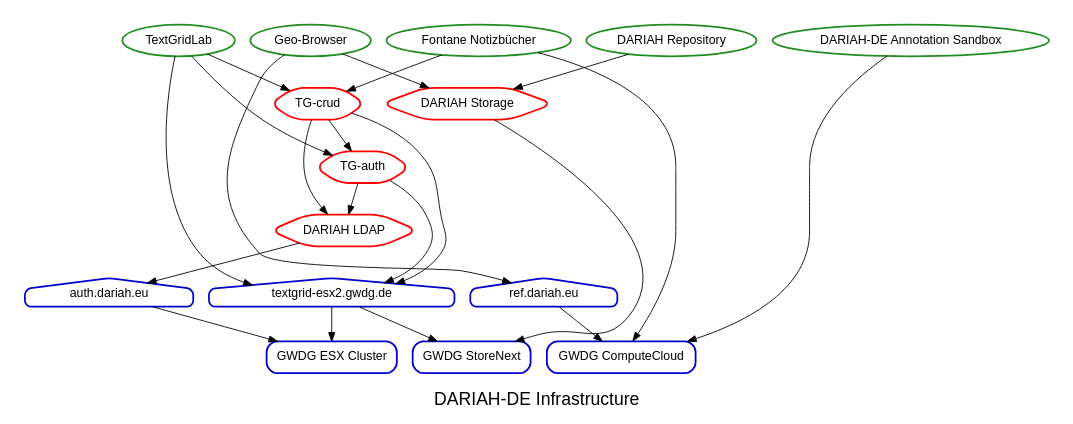
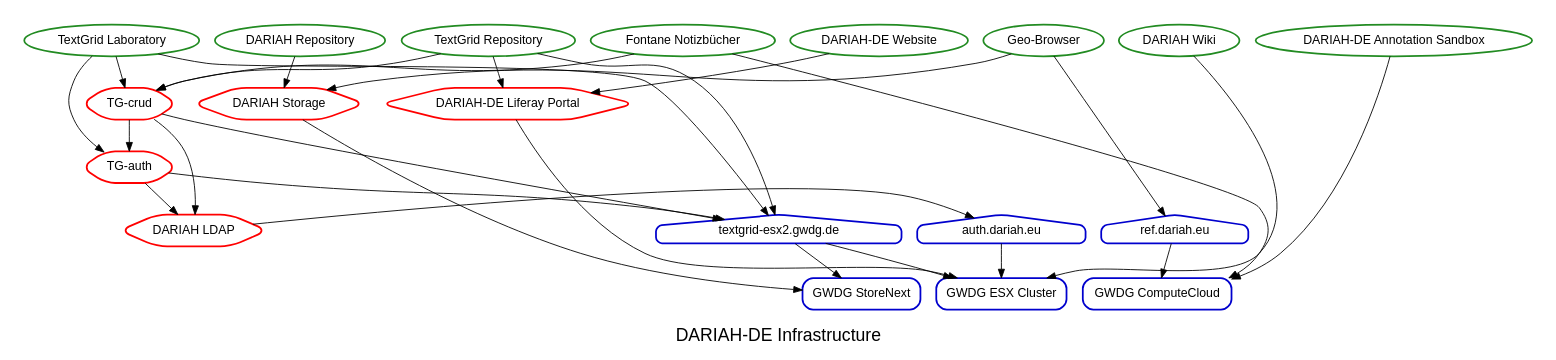
One commit to DARIAH-DE/status changed the diagram in dariah-de-infrastructure.gv. Above: the diagram before and after it, drawn with Graphviz. The commit also changed 6 other files, not shown here.

```diff
--- a/dariah-de-infrastructure.gv
+++ b/dariah-de-infrastructure.gv
@@ -1,54 +1,64 @@
 digraph {
 	fontname=helvetica fontsize=20 label="DARIAH-DE Infrastructure"
 	subgraph cluster_services {
 		node [color=forestgreen fontname=helvetica shape=oval style="rounded,bold"]
 		color=white label=""
+		"/services/website" [label="DARIAH-DE Website"]
 		"/services/repository" [label="DARIAH Repository"]
 		"/services/geobrowser" [label="Geo-Browser"]
-		"/services/tglab" [label=TextGridLab]
+		"/services/tglab" [label="TextGrid Laboratory"]
 		"/services/fontane" [label="Fontane Notizbücher"]
 		"/services/annotation_sandbox" [label="DARIAH-DE Annotation Sandbox"]
+		"/services/tgrep" [label="TextGrid Repository"]
+		"/services/confluence" [label="DARIAH Wiki"]
 	}
 	subgraph cluster_middlewares {
 		node [color=red fontname=helvetica shape=hexagon style="rounded,bold"]
 		color=white label=""
 		"/middlewares/dariahldap" [label="DARIAH LDAP"]
 		"/middlewares/dariahstorage" [label="DARIAH Storage"]
 		"/middlewares/tgauth" [label="TG-auth"]
+		"/middlewares/liferay" [label="DARIAH-DE Liferay Portal"]
 		"/middlewares/tgcrud" [label="TG-crud"]
 	}
 	subgraph cluster_servers {
 		node [color=blue3 fontname=helvetica shape=house style="rounded,bold"]
 		color=white label=""
 		"/servers/textgrid-esx2" [label="textgrid-esx2.gwdg.de"]
 		"/servers/ref" [label="ref.dariah.eu"]
 		"/servers/auth" [label="auth.dariah.eu"]
 	}
 	subgraph cluster_infrastructure {
 		node [color=blue3 fontname=helvetica shape=box style="rounded,bold"]
 		color=white label=""
 		"/infrastructure/gwdg-esx" [label="GWDG ESX Cluster"]
 		"/infrastructure/gwdg-storenext" [label="GWDG StoreNext"]
 		"/infrastructure/gwdg-cloud" [label="GWDG ComputeCloud"]
 	}
+	"/services/website" -> "/middlewares/liferay"
 	"/services/repository" -> "/middlewares/dariahstorage"
 	"/services/geobrowser" -> "/middlewares/dariahstorage"
 	"/services/geobrowser" -> "/servers/ref"
 	"/services/tglab" -> "/middlewares/tgauth"
 	"/services/tglab" -> "/middlewares/tgcrud"
 	"/services/tglab" -> "/servers/textgrid-esx2"
 	"/services/fontane" -> "/middlewares/tgcrud"
 	"/services/fontane" -> "/infrastructure/gwdg-cloud"
 	"/services/annotation_sandbox" -> "/infrastructure/gwdg-cloud"
+	"/services/tgrep" -> "/middlewares/liferay"
+	"/services/tgrep" -> "/middlewares/tgcrud"
+	"/services/tgrep" -> "/servers/textgrid-esx2"
+	"/services/confluence" -> "/infrastructure/gwdg-esx"
 	"/middlewares/dariahldap" -> "/servers/auth"
 	"/middlewares/dariahstorage" -> "/infrastructure/gwdg-storenext"
 	"/middlewares/tgauth" -> "/middlewares/dariahldap"
 	"/middlewares/tgauth" -> "/servers/textgrid-esx2"
+	"/middlewares/liferay" -> "/infrastructure/gwdg-esx"
 	"/middlewares/tgcrud" -> "/middlewares/tgauth"
 	"/middlewares/tgcrud" -> "/middlewares/dariahldap"
 	"/middlewares/tgcrud" -> "/servers/textgrid-esx2"
 	"/servers/textgrid-esx2" -> "/infrastructure/gwdg-storenext"
 	"/servers/textgrid-esx2" -> "/infrastructure/gwdg-esx"
 	"/servers/ref" -> "/infrastructure/gwdg-cloud"
 	"/servers/auth" -> "/infrastructure/gwdg-esx"
 }
```
